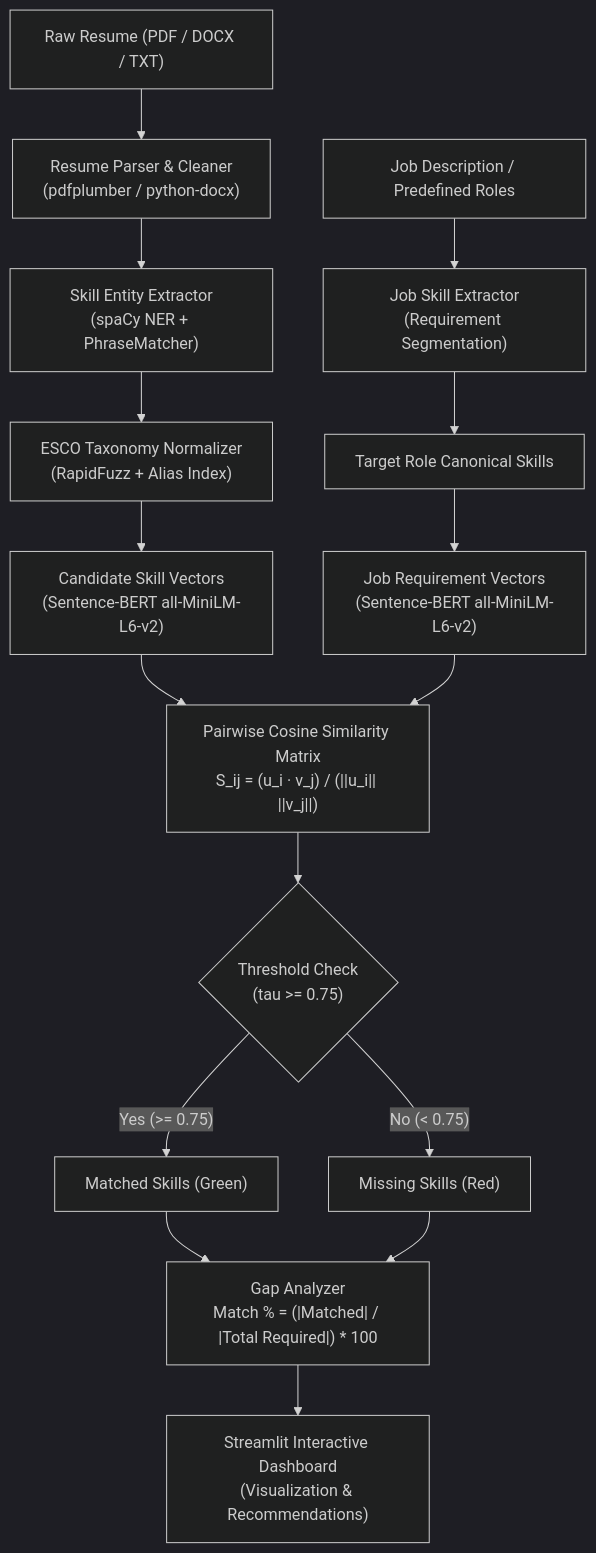
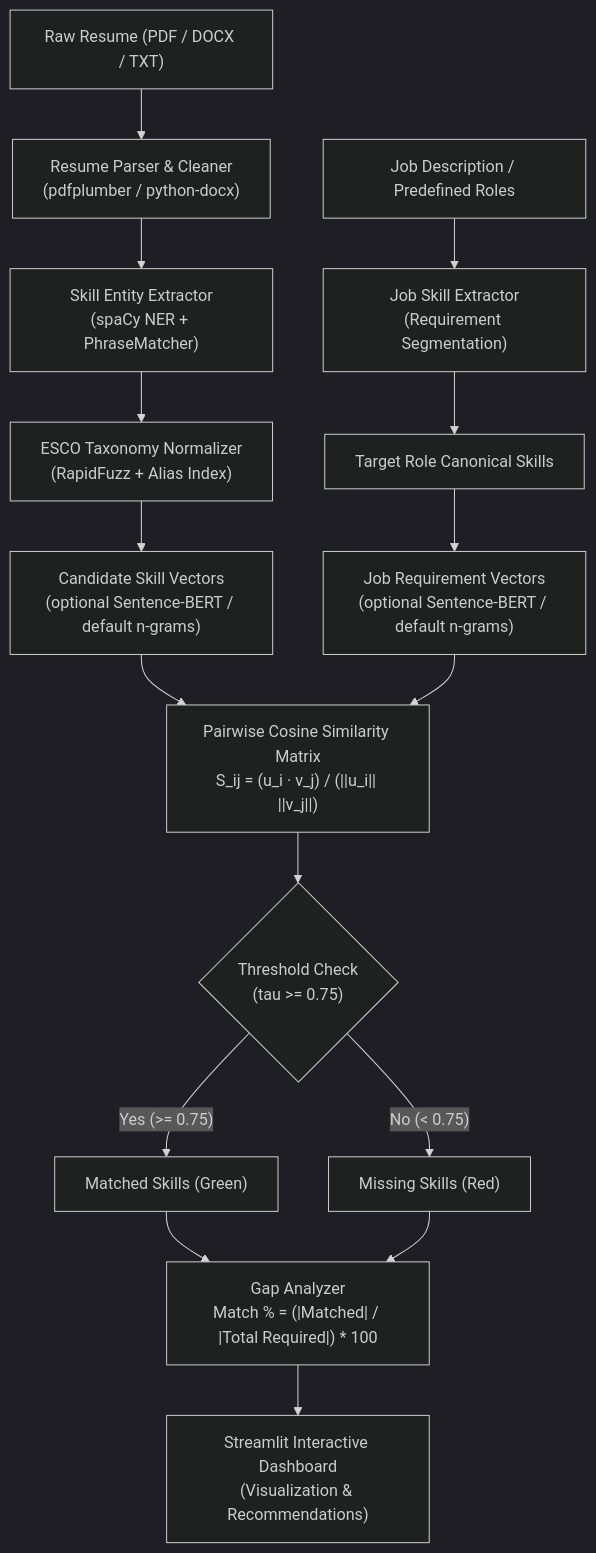
Before and after one commit to Bhumigarg1605/resume_skill_anayzer: the diagram in README.md, drawn with Mermaid (dark theme). The commit also changed other lines of this file, not shown here.

````diff
--- a/README.md
+++ b/README.md
@@ -25,21 +23,21 @@
 ```mermaid
 flowchart TD
     A["Raw Resume (PDF / DOCX / TXT)"] --> B["Resume Parser & Cleaner\n(pdfplumber / python-docx)"]
     B --> C["Skill Entity Extractor\n(spaCy NER + PhraseMatcher)"]
     C --> D["ESCO Taxonomy Normalizer\n(RapidFuzz + Alias Index)"]
     
     E["Job Description / Predefined Roles"] --> F["Job Skill Extractor\n(Requirement Segmentation)"]
     F --> G["Target Role Canonical Skills"]
     
-    D --> H["Candidate Skill Vectors\n(Sentence-BERT all-MiniLM-L6-v2)"]
-    G --> I["Job Requirement Vectors\n(Sentence-BERT all-MiniLM-L6-v2)"]
+    D --> H["Candidate Skill Vectors\n(optional Sentence-BERT / default n-grams)"]
+    G --> I["Job Requirement Vectors\n(optional Sentence-BERT / default n-grams)"]
     
     H & I --> J["Pairwise Cosine Similarity Matrix\nS_ij = (u_i · v_j) / (||u_i|| ||v_j||)"]
     J --> K{"Threshold Check\n(tau >= 0.75)"}
     
     K -->|"Yes (>= 0.75)"| L["Matched Skills (Green)"]
     K -->|"No (< 0.75)"| M["Missing Skills (Red)"]
     
     L & M --> N["Gap Analyzer\nMatch % = (|Matched| / |Total Required|) * 100"]
     N --> O["Streamlit Interactive Dashboard\n(Visualization & Recommendations)"]
 ```
````
